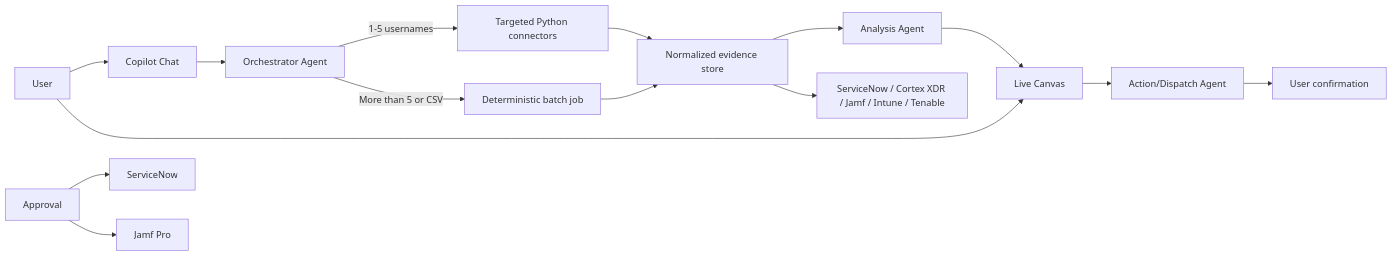
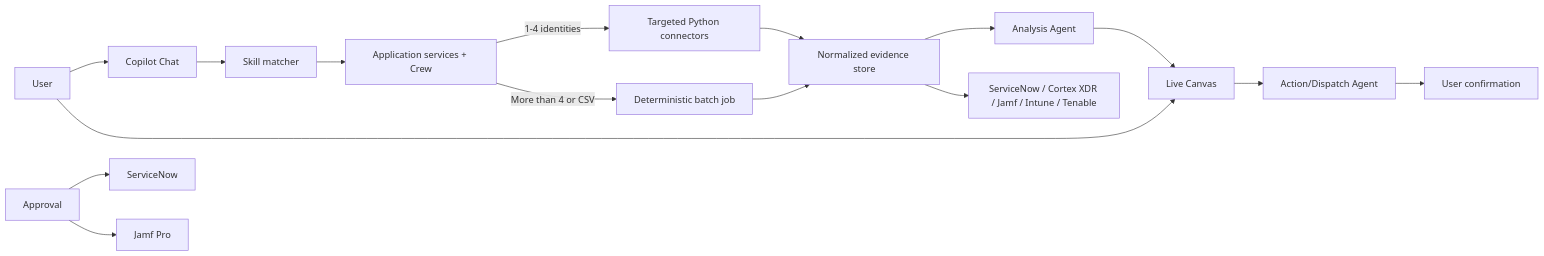
The diagram in README.md (TheNickSanchez/fleet-recon), drawn with Mermaid before and after one commit. The commit also changed other lines of this file and 6 other files, not shown here.

First line of the commit message:
Specify lookup-user-devices skill, 4-name routing, and chat CSV artifacts.

````diff
--- a/README.md
+++ b/README.md
@@ -59,17 +59,18 @@
 ```mermaid
 flowchart LR
   User --> Chat[Copilot Chat]
   User --> Canvas[Live Canvas]
-  Chat --> Orchestrator[Orchestrator Agent]
-  Orchestrator -->|1-5 usernames| Micro[Targeted Python connectors]
-  Orchestrator -->|More than 5 or CSV| Batch[Deterministic batch job]
+  Chat --> Matcher[Skill matcher]
+  Matcher --> Orchestrator[Application services + Crew]
+  Orchestrator -->|1-4 identities| Micro[Targeted Python connectors]
+  Orchestrator -->|More than 4 or CSV| Batch[Deterministic batch job]
   Micro --> Evidence[Normalized evidence store]
   Batch --> Evidence
   Evidence --> Analysis[Analysis Agent]
   Analysis --> Canvas
   Canvas --> Dispatch[Action/Dispatch Agent]
   Dispatch --> Confirmation[User confirmation]
   Approval --> SNOW[ServiceNow]
   Approval --> Jamf[Jamf Pro]
   Evidence --> Sources[ServiceNow / Cortex XDR / Jamf / Intune / Tenable]
 ```
````
